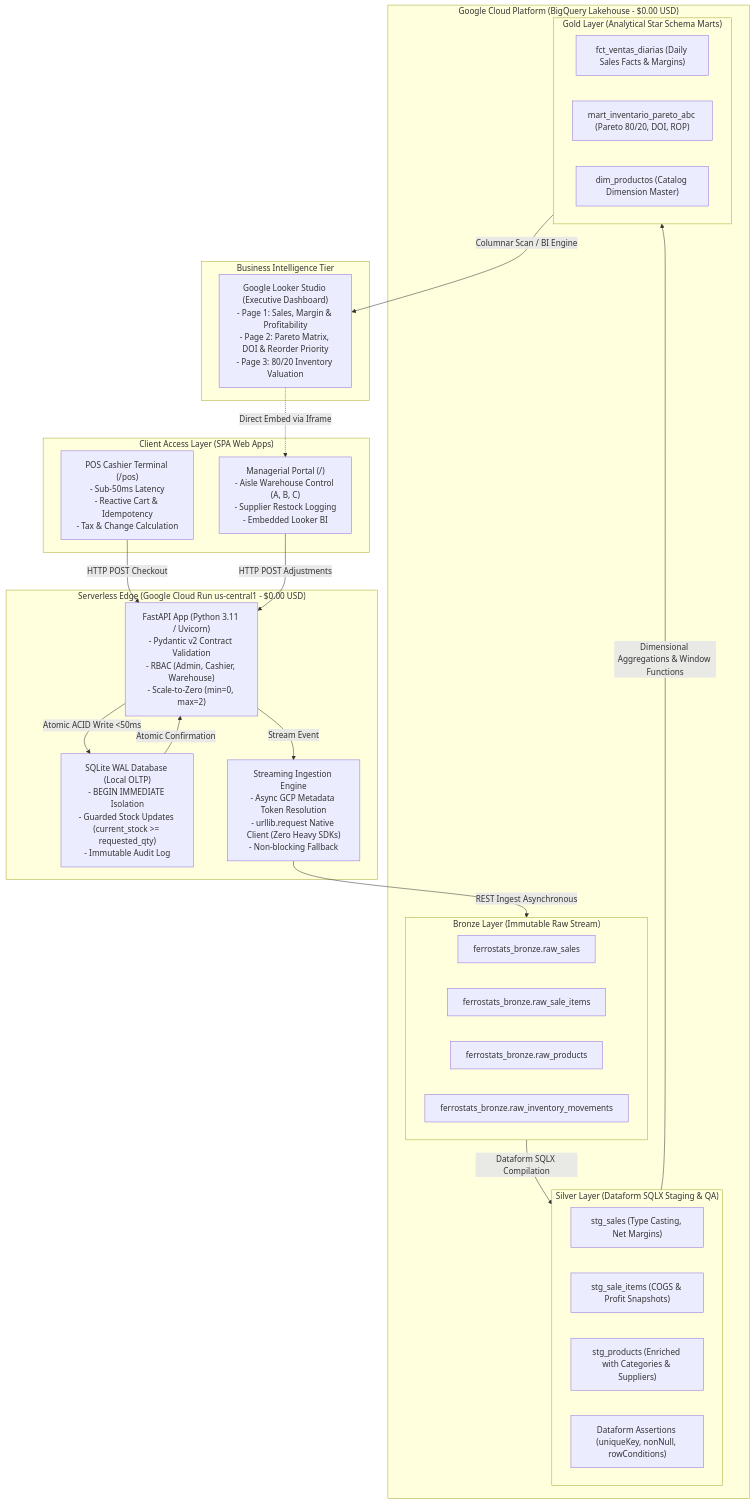
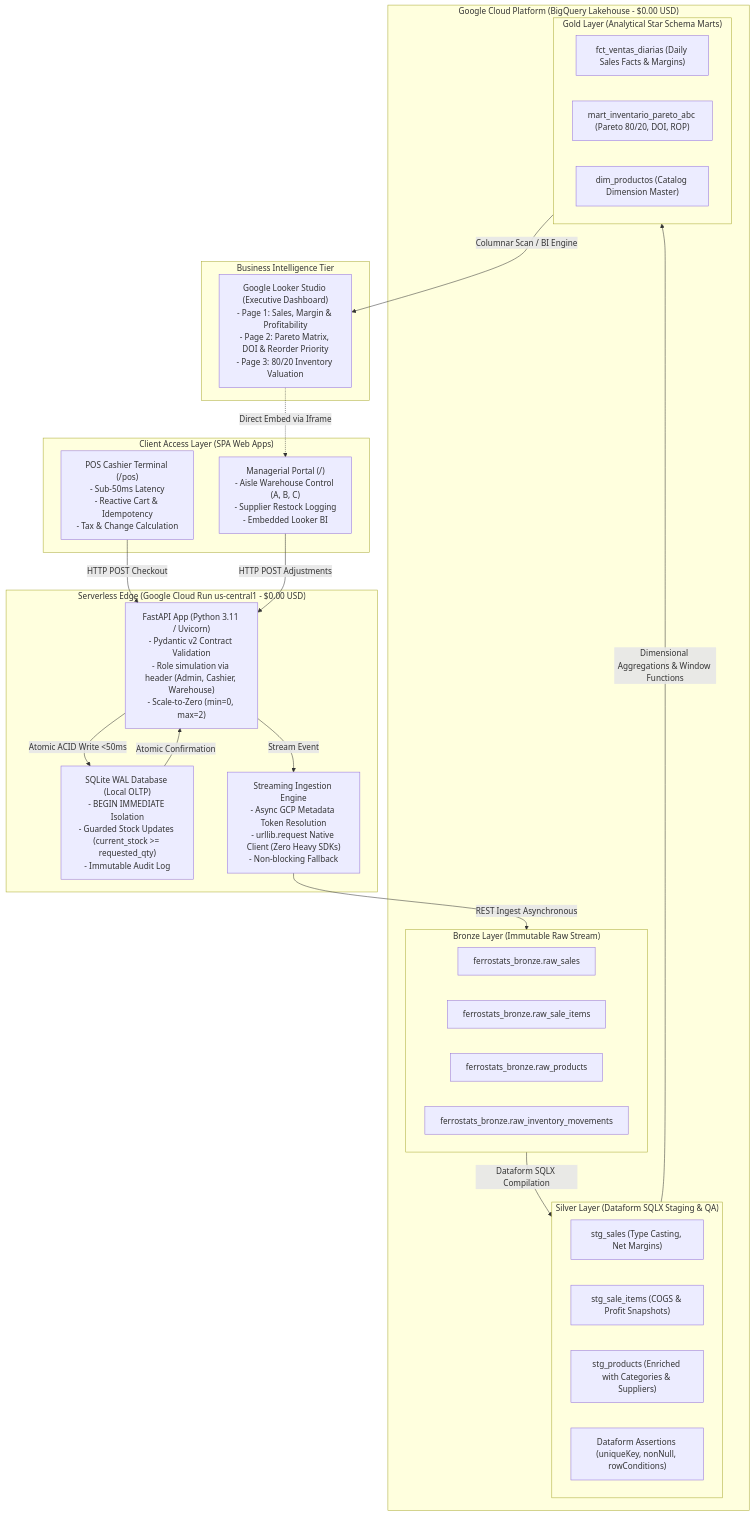
The diagram in README.md (bapatata688/Ferrostats), drawn with Mermaid before and after one commit. The commit also changed other lines of this file and 1 other file, not shown here.

````diff
--- a/README.md
+++ b/README.md
@@ -85,51 +88,51 @@
 ```mermaid
 flowchart TD
     subgraph CLIENT["Client Access Layer (SPA Web Apps)"]
         UI_POS["POS Cashier Terminal (/pos)\n- Sub-50ms Latency\n- Reactive Cart & Idempotency\n- Tax & Change Calculation"]
         UI_MGR["Managerial Portal (/)\n- Aisle Warehouse Control (A, B, C)\n- Supplier Restock Logging\n- Embedded Looker BI"]
     end
 
     subgraph CLOUD_RUN["Serverless Edge (Google Cloud Run us-central1 - $0.00 USD)"]
-        FASTAPI["FastAPI App (Python 3.11 / Uvicorn)\n- Pydantic v2 Contract Validation\n- RBAC (Admin, Cashier, Warehouse)\n- Scale-to-Zero (min=0, max=2)"]
+        FASTAPI["FastAPI App (Python 3.11 / Uvicorn)\n- Pydantic v2 Contract Validation\n- Role simulation via header (Admin, Cashier, Warehouse)\n- Scale-to-Zero (min=0, max=2)"]
         SQLITE["SQLite WAL Database (Local OLTP)\n- BEGIN IMMEDIATE Isolation\n- Guarded Stock Updates (current_stock >= requested_qty)\n- Immutable Audit Log"]
         SYNC_ENGINE["Streaming Ingestion Engine\n- Async GCP Metadata Token Resolution\n- urllib.request Native Client (Zero Heavy SDKs)\n- Non-blocking Fallback"]
     end
 
     subgraph GCP_DATA_PLATFORM["Google Cloud Platform (BigQuery Lakehouse - $0.00 USD)"]
         subgraph BRONZE["Bronze Layer (Immutable Raw Stream)"]
             BQ_RAW_SALES["ferrostats_bronze.raw_sales"]
             BQ_RAW_ITEMS["ferrostats_bronze.raw_sale_items"]
             BQ_RAW_PROD["ferrostats_bronze.raw_products"]
             BQ_RAW_MOV["ferrostats_bronze.raw_inventory_movements"]
         end
 
         subgraph SILVER["Silver Layer (Dataform SQLX Staging & QA)"]
             DF_STG_SALES["stg_sales (Type Casting, Net Margins)"]
             DF_STG_ITEMS["stg_sale_items (COGS & Profit Snapshots)"]
             DF_STG_PROD["stg_products (Enriched with Categories & Suppliers)"]
             DF_ASSERT["Dataform Assertions (uniqueKey, nonNull, rowConditions)"]
         end
 
         subgraph GOLD["Gold Layer (Analytical Star Schema Marts)"]
             DM_SALES["fct_ventas_diarias (Daily Sales Facts & Margins)"]
             DM_PARETO["mart_inventario_pareto_abc (Pareto 80/20, DOI, ROP)"]
             DM_PROD["dim_productos (Catalog Dimension Master)"]
         end
     end
 
     subgraph BI_VIZ["Business Intelligence Tier"]
         LOOKER["Google Looker Studio (Executive Dashboard)\n- Page 1: Sales, Margin & Profitability\n- Page 2: Pareto Matrix, DOI & Reorder Priority\n- Page 3: 80/20 Inventory Valuation"]
     end
 
     UI_POS -->|HTTP POST Checkout| FASTAPI
     UI_MGR -->|HTTP POST Adjustments| FASTAPI
     FASTAPI -->|Atomic ACID Write <50ms| SQLITE
     SQLITE -->|Atomic Confirmation| FASTAPI
     FASTAPI -->|Stream Event| SYNC_ENGINE
     SYNC_ENGINE -->|REST Ingest Asynchronous| BRONZE
 
     BRONZE -->|Dataform SQLX Compilation| SILVER
     SILVER -->|Dimensional Aggregations & Window Functions| GOLD
     GOLD -->|Columnar Scan / BI Engine| LOOKER
     LOOKER -.->|Direct Embed via Iframe| UI_MGR
 ```
````
